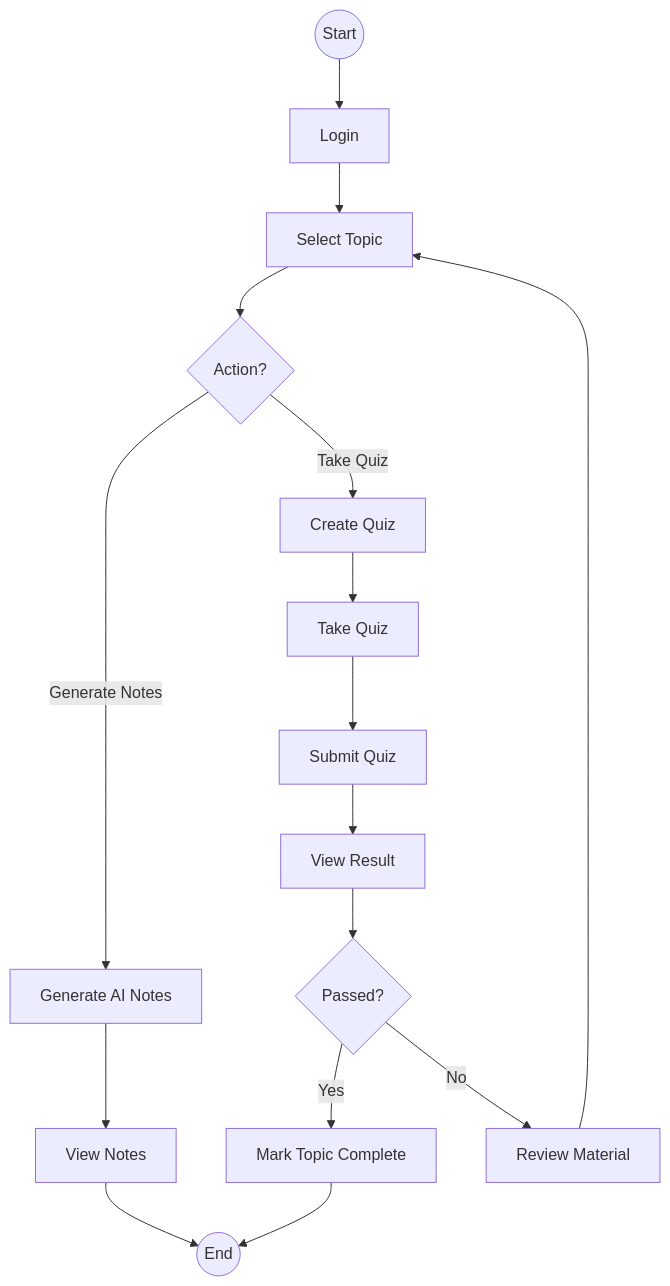
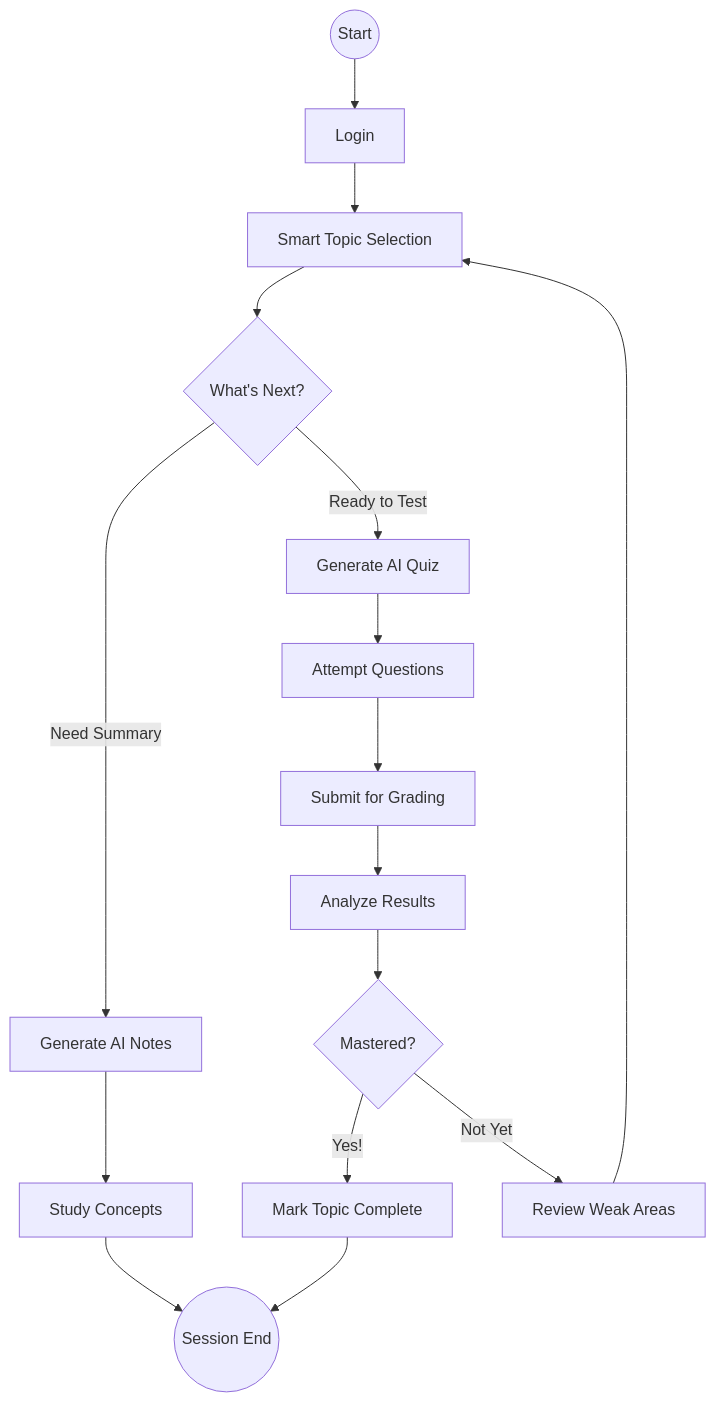
The second of 3 diagrams in docs/02_Behavioral_Diagrams.md (suvendukungfu/ai-education-platform), drawn with Mermaid before and after one commit. The commit also changed other lines of this file and 5 other files, not shown here.

````diff
--- a/docs/02_Behavioral_Diagrams.md
+++ b/docs/02_Behavioral_Diagrams.md
@@ -80,22 +86,22 @@
 ```mermaid
 flowchart TD
     Start((Start)) --> Login[Login]
-    Login --> SelectTopic[Select Topic]
-    SelectTopic --> Choice{Action?}
+    Login --> SelectTopic[Smart Topic Selection]
+    SelectTopic --> Choice{What's Next?}
 
-    Choice -->|Generate Notes| GenNotes[Generate AI Notes]
-    GenNotes --> ViewNotes[View Notes]
-    ViewNotes --> End((End))
+    Choice -->|Need Summary| GenNotes[Generate AI Notes]
+    GenNotes --> ViewNotes[Study Concepts]
+    ViewNotes --> End((Session End))
 
-    Choice -->|Take Quiz| CreateQuiz[Create Quiz]
-    CreateQuiz --> TakeQuiz[Take Quiz]
-    TakeQuiz --> SubmitQuiz[Submit Quiz]
-    SubmitQuiz --> ViewResult[View Result]
-    ViewResult --> Analysis{Passed?}
+    Choice -->|Ready to Test| CreateQuiz[Generate AI Quiz]
+    CreateQuiz --> TakeQuiz[Attempt Questions]
+    TakeQuiz --> SubmitQuiz[Submit for Grading]
+    SubmitQuiz --> ViewResult[Analyze Results]
+    ViewResult --> Analysis{Mastered?}
 
-    Analysis -->|Yes| MarkComplete[Mark Topic Complete]
-    Analysis -->|No| Review[Review Material]
+    Analysis -->|Yes!| MarkComplete[Mark Topic Complete]
+    Analysis -->|Not Yet| Review[Review Weak Areas]
 
     MarkComplete --> End
     Review --> SelectTopic
 ```
````
